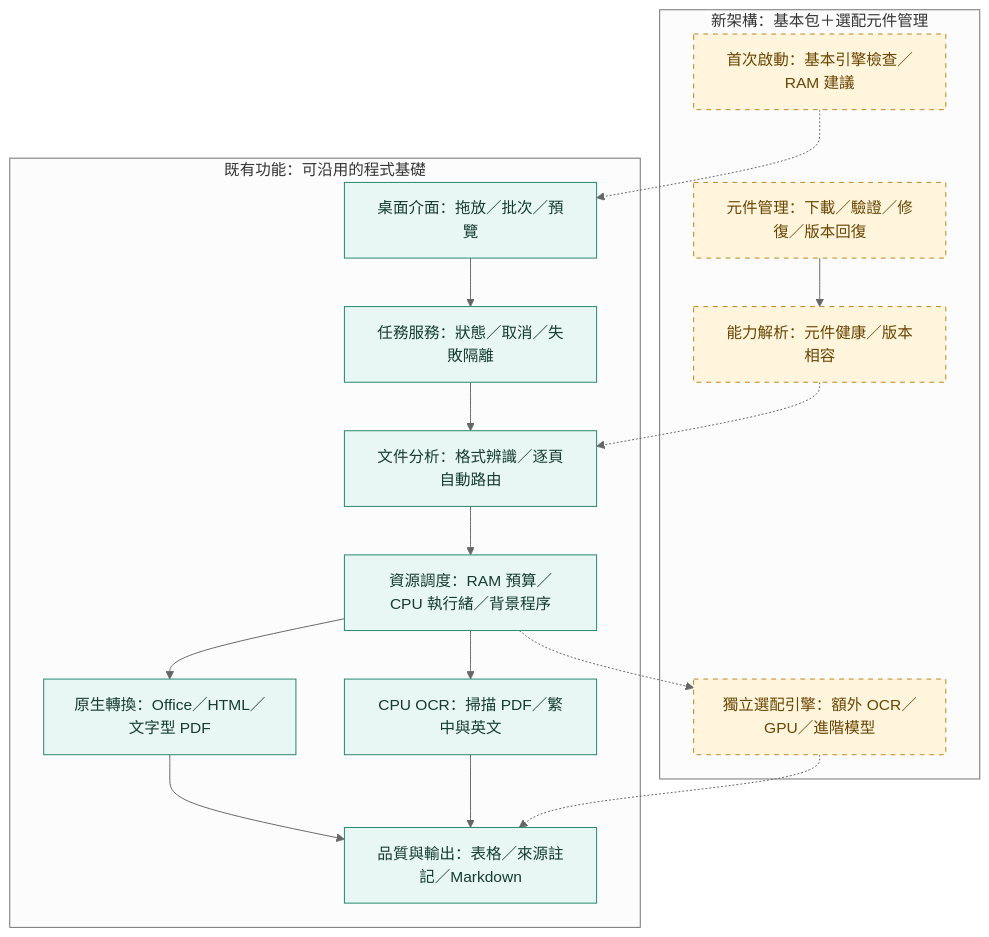
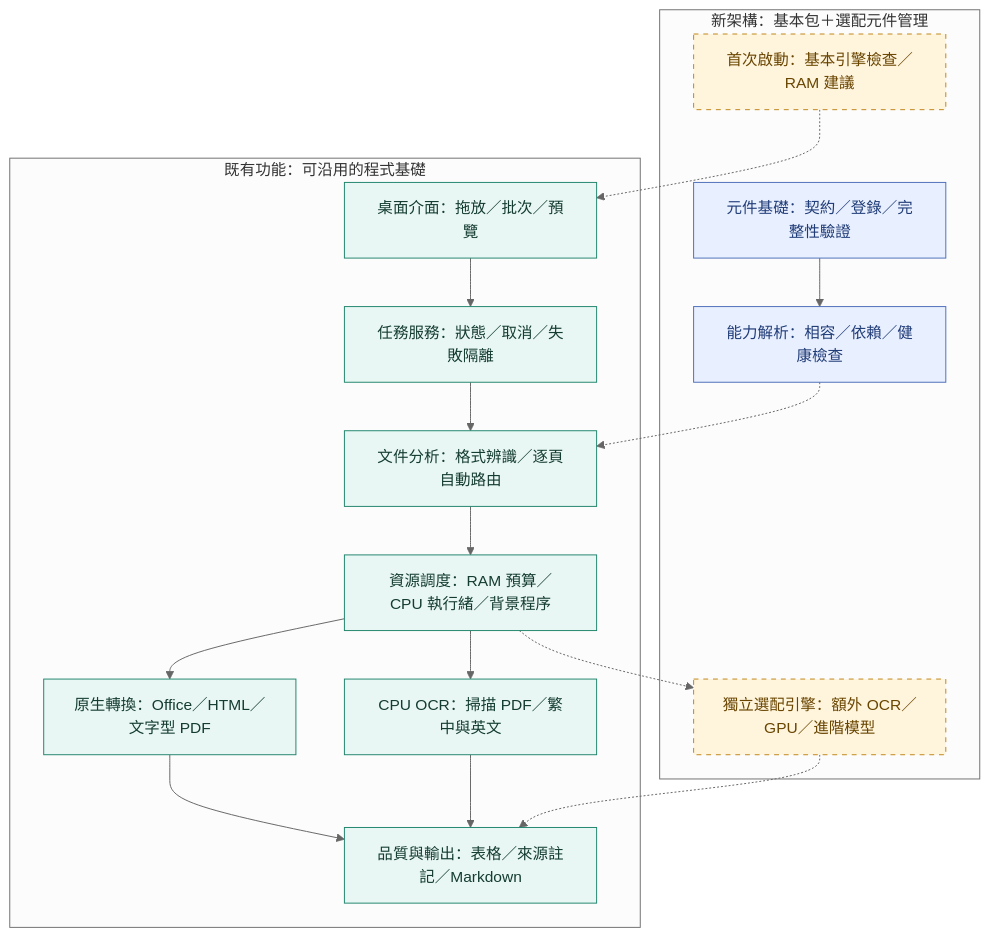
Before and after one commit to ChouTa-chuan/MarkItDown-exe: the diagram in README.md, drawn with Mermaid (neutral theme). The commit also changed other lines of this file and 35 other files, not shown here.

````diff
--- a/README.md
+++ b/README.md
@@ -21,27 +21,29 @@
 ```mermaid
 flowchart TD
     subgraph Existing["既有功能：可沿用的程式基礎"]
         UI["桌面介面：拖放／批次／預覽"] --> APP["任務服務：狀態／取消／失敗隔離"]
         APP --> PLAN["文件分析：格式辨識／逐頁自動路由"]
         PLAN --> RES["資源調度：RAM 預算／CPU 執行緒／背景程序"]
         RES --> NATIVE["原生轉換：Office／HTML／文字型 PDF"]
         RES --> OCR["CPU OCR：掃描 PDF／繁中與英文"]
         NATIVE --> QUALITY["品質與輸出：表格／來源註記／Markdown"]
         OCR --> QUALITY
     end
     subgraph Planned["新架構：基本包＋選配元件管理"]
         FIRST["首次啟動：基本引擎檢查／RAM 建議"]
-        COMPONENTS["元件管理：下載／驗證／修復／版本回復"]
-        CAPABILITY["能力解析：元件健康／版本相容"]
+        COMPONENTS["元件基礎：契約／登錄／完整性驗證"]
+        CAPABILITY["能力解析：相容／依賴／健康檢查"]
         OPTIONAL["獨立選配引擎：額外 OCR／GPU／進階模型"]
         COMPONENTS --> CAPABILITY
     end
     FIRST -.-> UI
     CAPABILITY -.-> PLAN
     RES -.-> OPTIONAL
     OPTIONAL -.-> QUALITY
     classDef existing fill:#e8f7f3,stroke:#21856d,color:#153c31;
+    classDef foundation fill:#e8efff,stroke:#4c6fb8,color:#203c77;
+    class COMPONENTS,CAPABILITY foundation;
     classDef planned fill:#fff4dc,stroke:#be8519,color:#694500,stroke-dasharray:5 5;
     class UI,APP,PLAN,RES,NATIVE,OCR,QUALITY existing;
-    class FIRST,COMPONENTS,CAPABILITY,OPTIONAL planned;
+    class FIRST,OPTIONAL planned;
 ```
````
